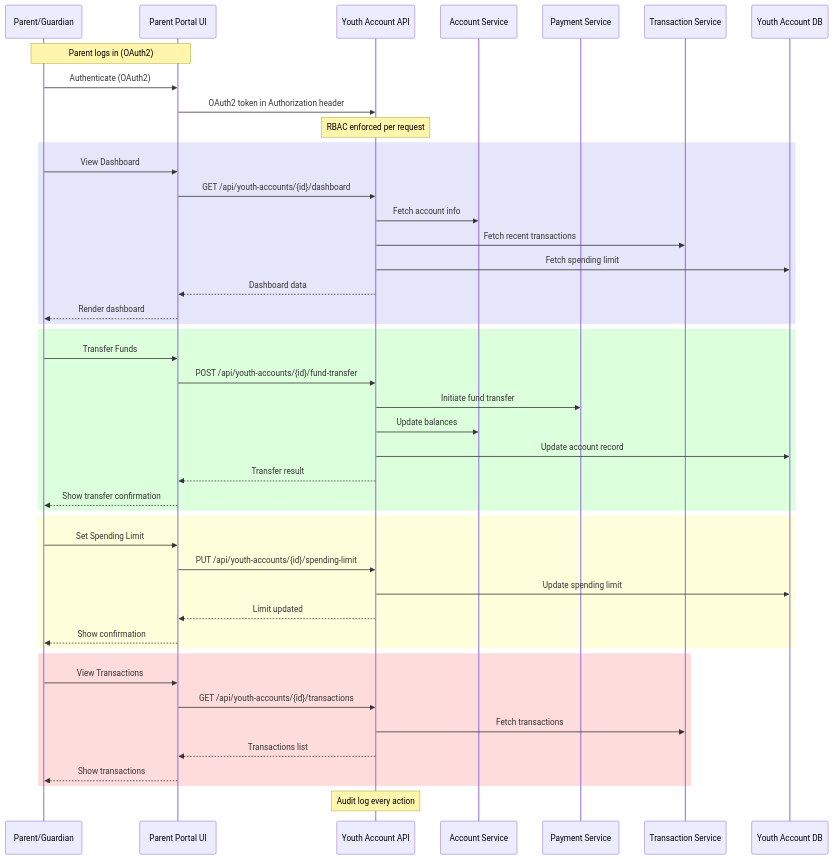
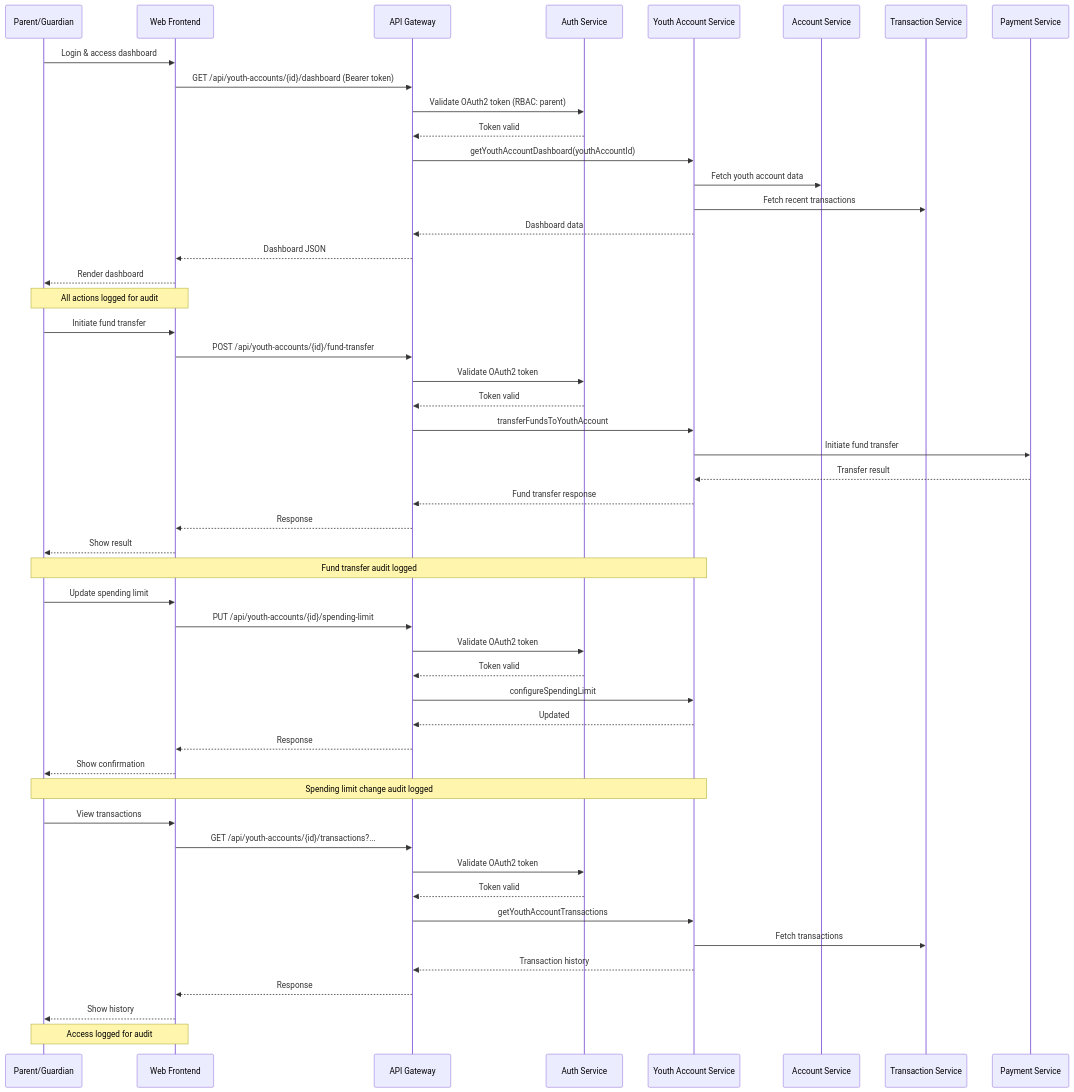
One commit to Ascend-Krithi/SCIB-Inception changed the diagram in Components and Sequence Diagrams/sequence_diagram.mmd. Above: the diagram before and after it, drawn with Mermaid. The commit also changed 1 other file, not shown here.

```diff
--- a/Components and Sequence Diagrams/sequence_diagram.mmd
+++ b/Components and Sequence Diagrams/sequence_diagram.mmd
@@ -1,46 +1,55 @@
-%% Sequence Diagram: Youth Account API (OAuth, RBAC, Audit Logging)
+%% Sequence Diagram for Youth Account Management (Mermaid)
 sequenceDiagram
     participant Parent as Parent/Guardian
-    participant UI as Parent Portal UI
-    participant API as Youth Account API
-    participant Account as Account Service
-    participant Payment as Payment Service
-    participant Transaction as Transaction Service
-    participant DB as Youth Account DB
-    note over Parent,UI: Parent logs in (OAuth2)
-    Parent->>UI: Authenticate (OAuth2)
-    UI->>API: OAuth2 token in Authorization header
-    note over API: RBAC enforced per request
-    rect rgb(230,230,250)
-      Parent->>UI: View Dashboard
-      UI->>API: GET /api/youth-accounts/{id}/dashboard
-      API->>Account: Fetch account info
-      API->>Transaction: Fetch recent transactions
-      API->>DB: Fetch spending limit
-      API-->>UI: Dashboard data
-      UI-->>Parent: Render dashboard
-    end
-    rect rgb(220,255,220)
-      Parent->>UI: Transfer Funds
-      UI->>API: POST /api/youth-accounts/{id}/fund-transfer
-      API->>Payment: Initiate fund transfer
-      API->>Account: Update balances
-      API->>DB: Update account record
-      API-->>UI: Transfer result
-      UI-->>Parent: Show transfer confirmation
-    end
-    rect rgb(255,255,220)
-      Parent->>UI: Set Spending Limit
-      UI->>API: PUT /api/youth-accounts/{id}/spending-limit
-      API->>DB: Update spending limit
-      API-->>UI: Limit updated
-      UI-->>Parent: Show confirmation
-    end
-    rect rgb(255,220,220)
-      Parent->>UI: View Transactions
-      UI->>API: GET /api/youth-accounts/{id}/transactions
-      API->>Transaction: Fetch transactions
-      API-->>UI: Transactions list
-      UI-->>Parent: Show transactions
-    end
-    note over API: Audit log every action
+    participant Web as Web Frontend
+    participant APIGW as API Gateway
+    participant Auth as Auth Service
+    participant YAS as Youth Account Service
+    participant AccS as Account Service
+    participant TxS as Transaction Service
+    participant PayS as Payment Service
+
+    Parent->>Web: Login & access dashboard
+    Web->>APIGW: GET /api/youth-accounts/{id}/dashboard (Bearer token)
+    APIGW->>Auth: Validate OAuth2 token (RBAC: parent)
+    Auth-->>APIGW: Token valid
+    APIGW->>YAS: getYouthAccountDashboard(youthAccountId)
+    YAS->>AccS: Fetch youth account data
+    YAS->>TxS: Fetch recent transactions
+    YAS-->>APIGW: Dashboard data
+    APIGW-->>Web: Dashboard JSON
+    Web-->>Parent: Render dashboard
+    Note over Parent,Web: All actions logged for audit
+
+    Parent->>Web: Initiate fund transfer
+    Web->>APIGW: POST /api/youth-accounts/{id}/fund-transfer
+    APIGW->>Auth: Validate OAuth2 token
+    Auth-->>APIGW: Token valid
+    APIGW->>YAS: transferFundsToYouthAccount
+    YAS->>PayS: Initiate fund transfer
+    PayS-->>YAS: Transfer result
+    YAS-->>APIGW: Fund transfer response
+    APIGW-->>Web: Response
+    Web-->>Parent: Show result
+    Note over Parent,YAS: Fund transfer audit logged
+
+    Parent->>Web: Update spending limit
+    Web->>APIGW: PUT /api/youth-accounts/{id}/spending-limit
+    APIGW->>Auth: Validate OAuth2 token
+    Auth-->>APIGW: Token valid
+    APIGW->>YAS: configureSpendingLimit
+    YAS-->>APIGW: Updated
+    APIGW-->>Web: Response
+    Web-->>Parent: Show confirmation
+    Note over Parent,YAS: Spending limit change audit logged
+
+    Parent->>Web: View transactions
+    Web->>APIGW: GET /api/youth-accounts/{id}/transactions?...
+    APIGW->>Auth: Validate OAuth2 token
+    Auth-->>APIGW: Token valid
+    APIGW->>YAS: getYouthAccountTransactions
+    YAS->>TxS: Fetch transactions
+    YAS-->>APIGW: Transaction history
+    APIGW-->>Web: Response
+    Web-->>Parent: Show history
+    Note over Parent,Web: Access logged for audit
```
